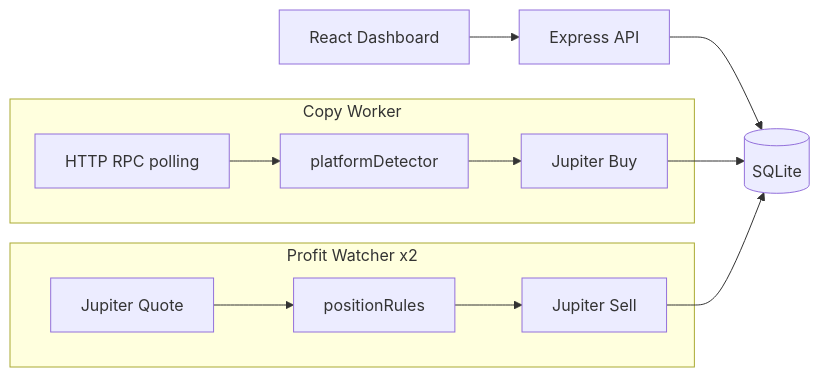
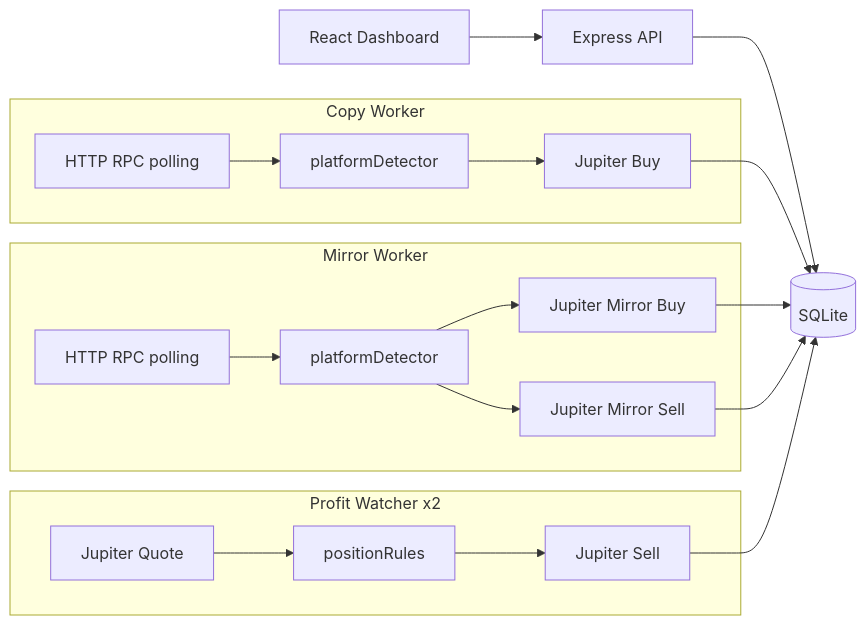
One commit to Anjeli-art/solana-copy-trade-bot changed the diagram in README.md. Above: the diagram before and after it, drawn with Mermaid. The commit also changed other lines of this file and 46 other files, not shown here.

````diff
--- a/README.md
+++ b/README.md
@@ -40,15 +45,22 @@
 ```mermaid
 flowchart LR
   subgraph monitor [Copy Worker]
     RPC[HTTP RPC polling] --> Detect[platformDetector]
     Detect --> Buy[Jupiter Buy]
+  end
+  subgraph fullcopy [Mirror Worker]
+    MRPC[HTTP RPC polling] --> MDetect[platformDetector]
+    MDetect --> MBuy[Jupiter Mirror Buy]
+    MDetect --> MSell[Jupiter Mirror Sell]
   end
   subgraph exit [Profit Watcher x2]
     Quote[Jupiter Quote] --> Rules[positionRules]
     Rules --> Sell[Jupiter Sell]
   end
   UI[React Dashboard] --> API[Express API]
   API --> SQLite[(SQLite)]
   Buy --> SQLite
+  MBuy --> SQLite
+  MSell --> SQLite
   Sell --> SQLite
 ```
````
